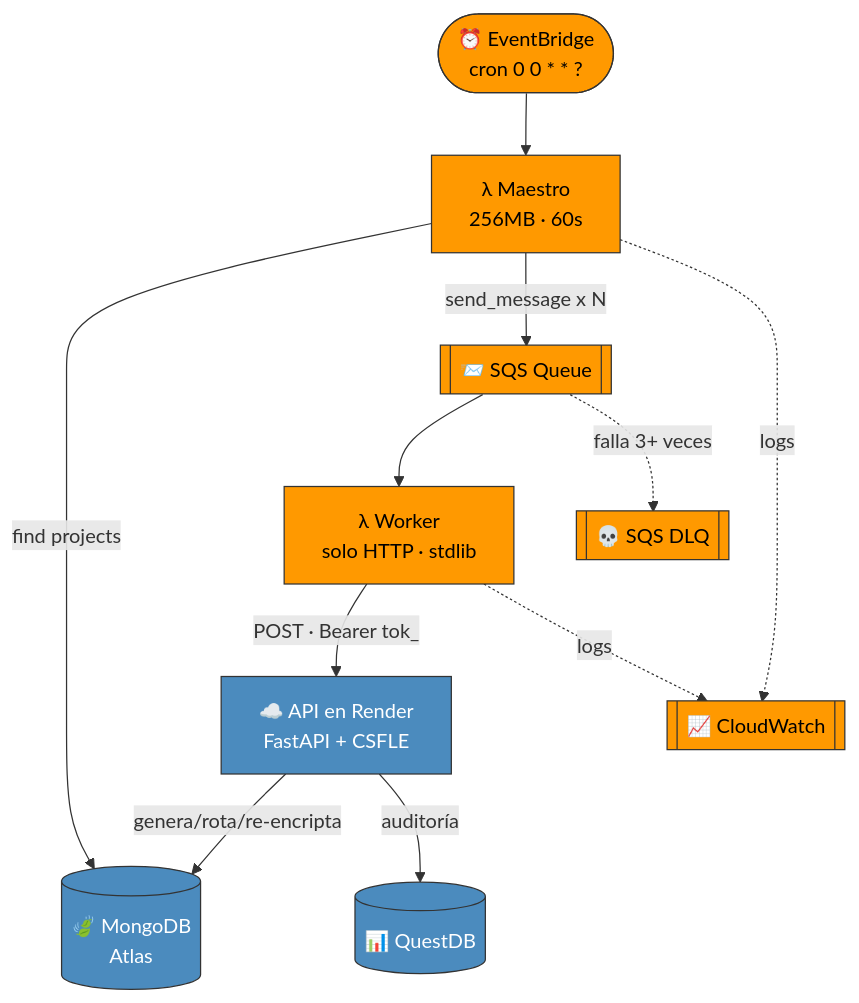
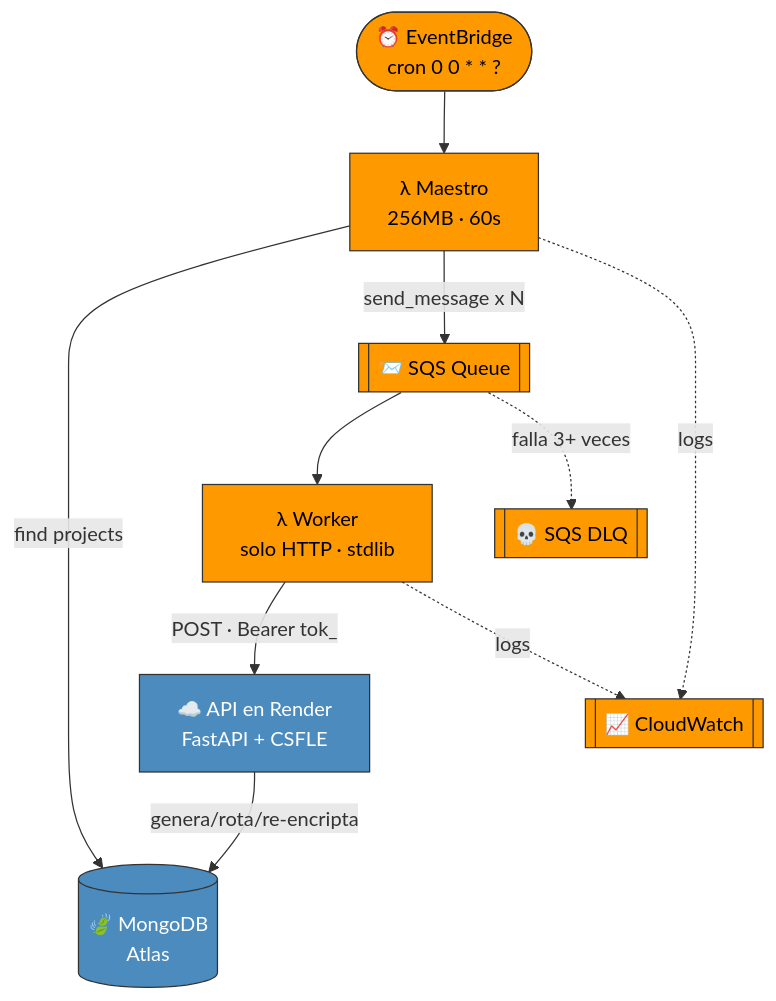
One commit to Delta27222/secrets-api changed the first of 2 diagrams in rotation/docs/DEPLOYMENT_GUIDE.md. Above: the diagram before and after it, drawn with Mermaid.

Commit message:
docs: comment out QuestDB audit line in deployment guide
Updated the deployment guide to comment out the line related to QuestDB audit logging, reflecting changes in the architecture.

````diff
--- a/rotation/docs/DEPLOYMENT_GUIDE.md
+++ b/rotation/docs/DEPLOYMENT_GUIDE.md
@@ -85,18 +85,18 @@
 ```mermaid
 flowchart TD
     EB([⏰ EventBridge<br/>cron 0 0 * * ?]) --> M[λ Maestro<br/>256MB · 60s]
     M -->|find projects| DB[(🍃 MongoDB<br/>Atlas)]
     M -->|send_message x N| SQS[[📨 SQS Queue]]
     SQS --> W[λ Worker<br/>solo HTTP · stdlib]
     SQS -.->|falla 3+ veces| DLQ[[💀 SQS DLQ]]
     W -->|POST · Bearer tok_| API[☁️ API en Render<br/>FastAPI + CSFLE]
     API -->|genera/rota/re-encripta| DB
-    API -->|auditoría| Q[(📊 QuestDB)]
+    %% API -->|auditoría| Q[(📊 QuestDB)]
     M -.logs.-> CW[[📈 CloudWatch]]
     W -.logs.-> CW
 
     classDef aws fill:#ff9900,stroke:#333,color:#000;
     classDef ext fill:#4b8bbe,stroke:#333,color:#fff;
     class EB,M,SQS,DLQ,W,CW aws;
     class API,DB,Q ext;
 ```
````
